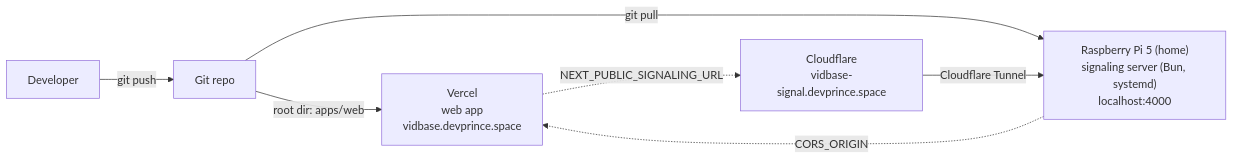
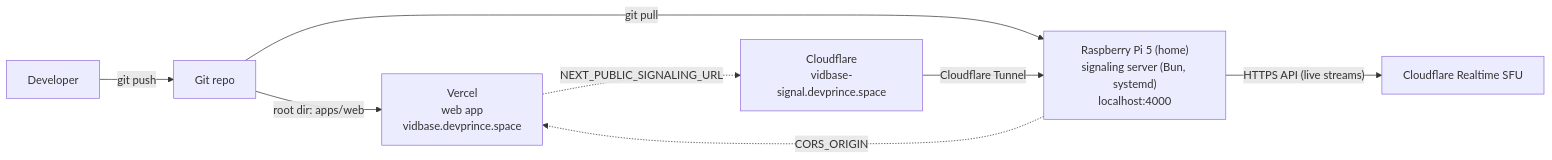
One commit to mr-dev-prince/vidbase changed diagram 16 of 17 in docs/ARCHITECTURE.md. Above: the diagram before and after it, drawn with Mermaid. The commit also changed other lines of this file and 49 other files, not shown here.

First line of the commit message:
feat: implement live streaming functionality with Cloudflare SFU

````diff
--- a/docs/ARCHITECTURE.md
+++ b/docs/ARCHITECTURE.md
@@ -338,9 +457,10 @@
 ```mermaid
 flowchart LR
   dev["Developer"] -- "git push" --> repo["Git repo"]
   repo -- "root dir: apps/web" --> vercel["Vercel<br/>web app<br/>vidbase.devprince.space"]
   repo -- "git pull" --> pi["Raspberry Pi 5 (home)<br/>signaling server (Bun, systemd)<br/>localhost:4000"]
   vercel -. "NEXT_PUBLIC_SIGNALING_URL" .-> cf["Cloudflare<br/>vidbase-signal.devprince.space"]
   cf -- "Cloudflare Tunnel" --> pi
   pi -. "CORS_ORIGIN" .-> vercel
+  pi -- "HTTPS API (live streams)" --> sfu["Cloudflare Realtime SFU"]
 ```
````
